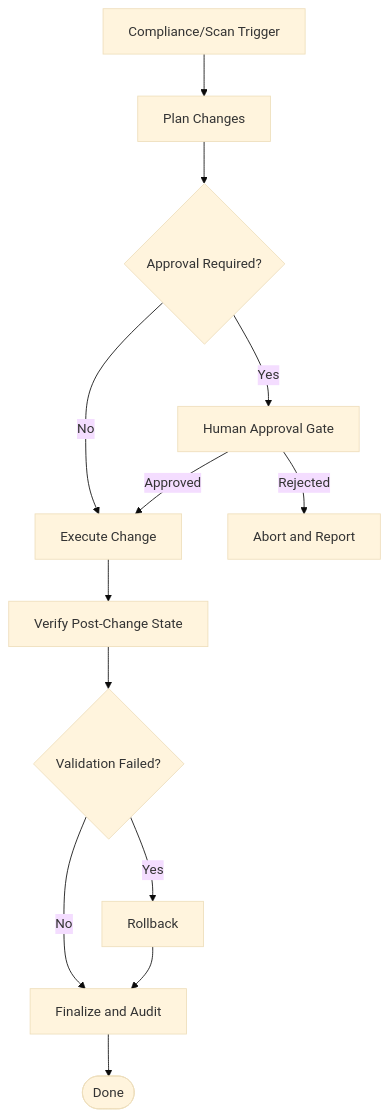
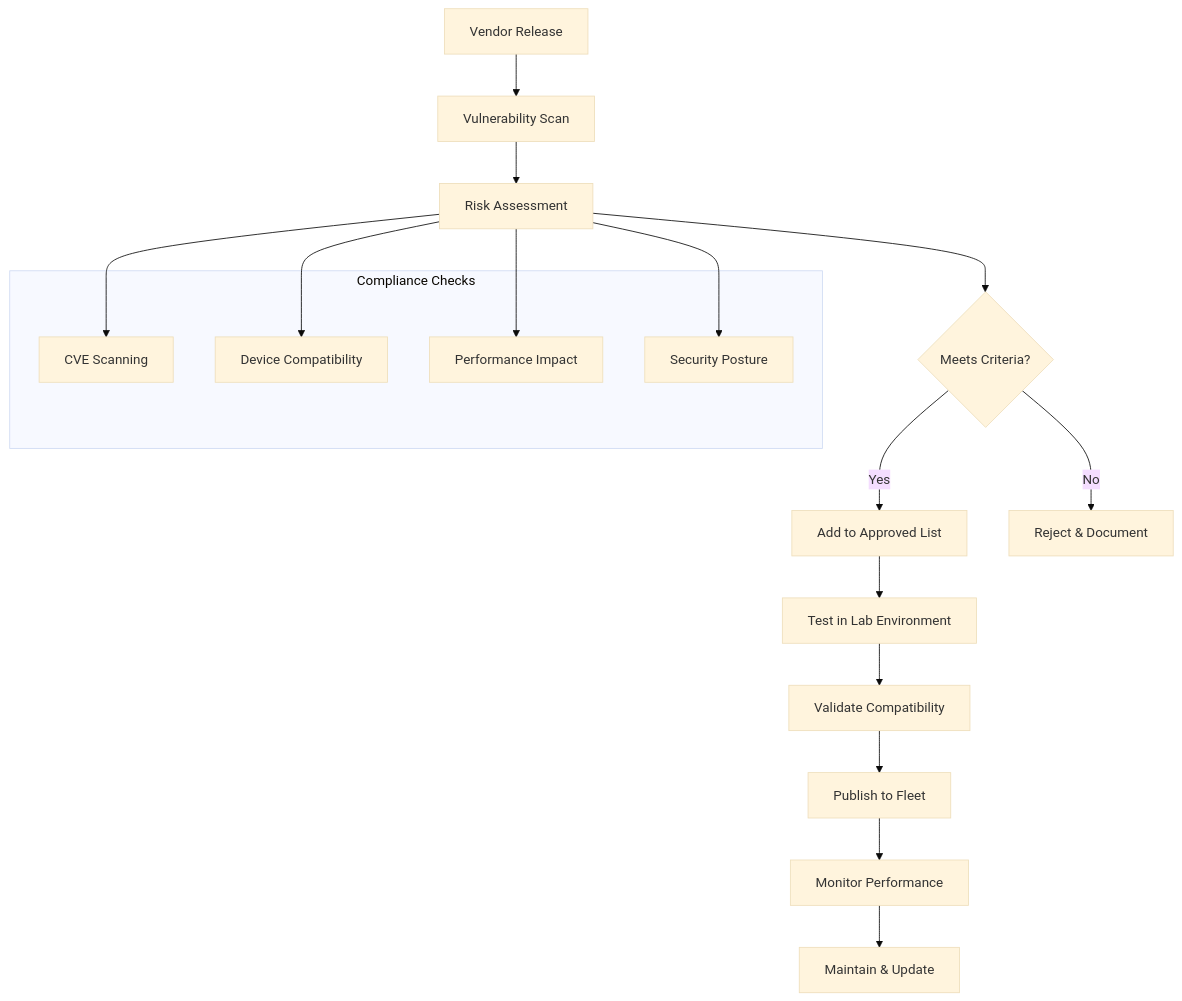
One commit to shakthi-vinayak/network-automation changed the sixth of 9 diagrams in .qoder/repowiki/en/content/Architecture & Design/Security & Compliance Architecture.md. Above: the diagram before and after it, drawn with Mermaid (base theme). The commit also changed other lines of this file and 144 other files, not shown here.

````diff
--- a/.qoder/repowiki/en/content/Architecture & Design/Security & Compliance Architecture.md
+++ b/.qoder/repowiki/en/content/Architecture & Design/Security & Compliance Architecture.md
@@ -306,15 +354,23 @@
 ```mermaid
-flowchart TD
-Trigger["Compliance/Scan Trigger"] --> Plan["Plan Changes"]
-Plan --> Approve{"Approval Required?"}
-Approve --> |Yes| Gate["Human Approval Gate"]
-Approve --> |No| Execute["Execute Change"]
-Gate --> |Approved| Execute
-Gate --> |Rejected| Abort["Abort and Report"]
-Execute --> Verify["Verify Post-Change State"]
-Verify --> Rollback{"Validation Failed?"}
-Rollback --> |Yes| RollbackAction["Rollback"]
-Rollback --> |No| Finalize["Finalize and Audit"]
-RollbackAction --> Finalize
-Finalize --> End(["Done"])
+graph TB
+Vendor["Vendor Release"] --> Scan["Vulnerability Scan"]
+Scan --> Assess["Risk Assessment"]
+Assess --> Approve{"Meets Criteria?"}
+Approve --> |Yes| AddToList["Add to Approved List"]
+Approve --> |No| Reject["Reject & Document"]
+AddToList --> Test["Test in Lab Environment"]
+Test --> Validate["Validate Compatibility"]
+Validate --> Publish["Publish to Fleet"]
+Publish --> Monitor["Monitor Performance"]
+Monitor --> Maintain["Maintain & Update"]
+subgraph "Compliance Checks"
+Vulnerability["CVE Scanning"]
+Compatibility["Device Compatibility"]
+Performance["Performance Impact"]
+Security["Security Posture"]
+end
+Assess --> Vulnerability
+Assess --> Compatibility
+Assess --> Performance
+Assess --> Security
 ```
````
